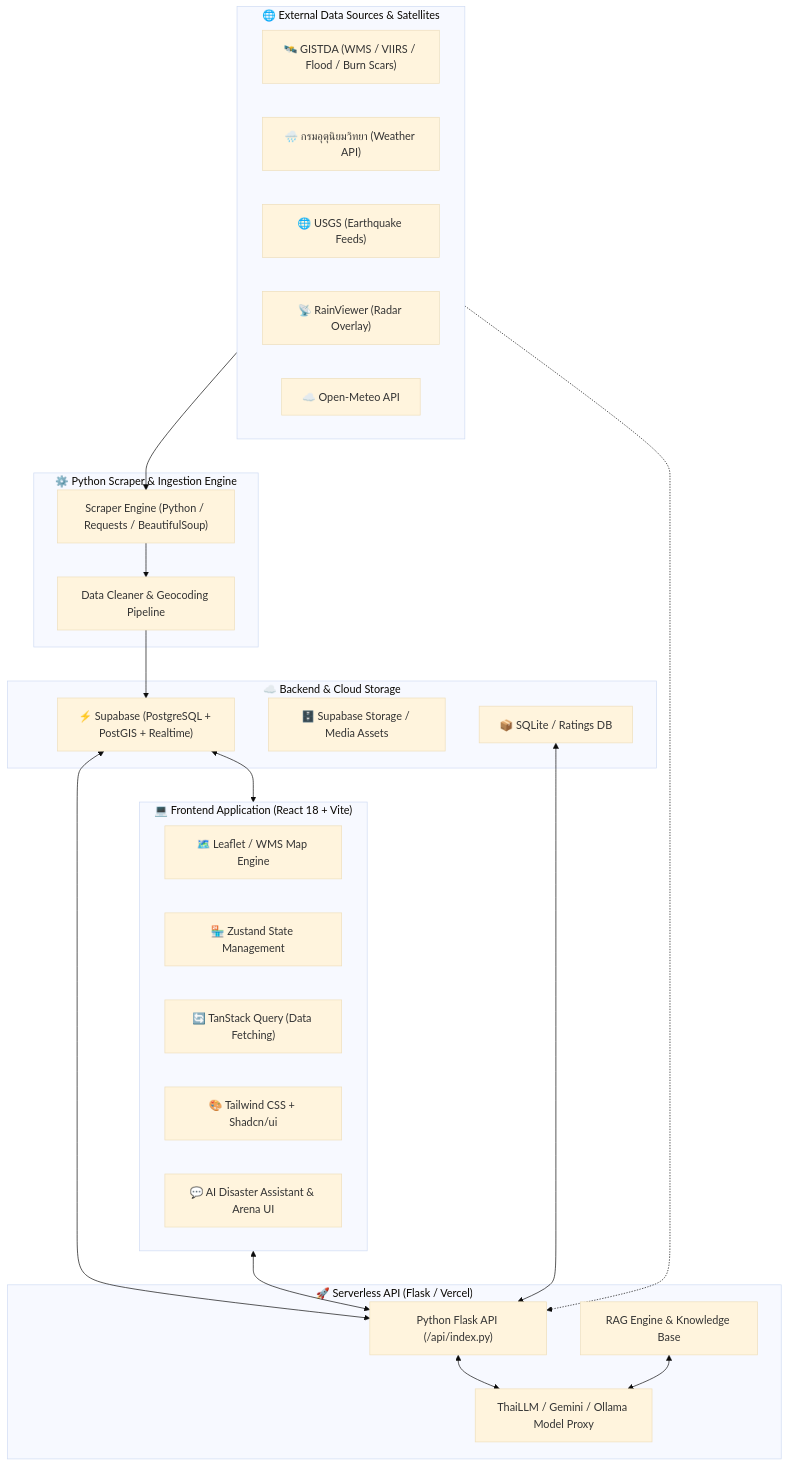
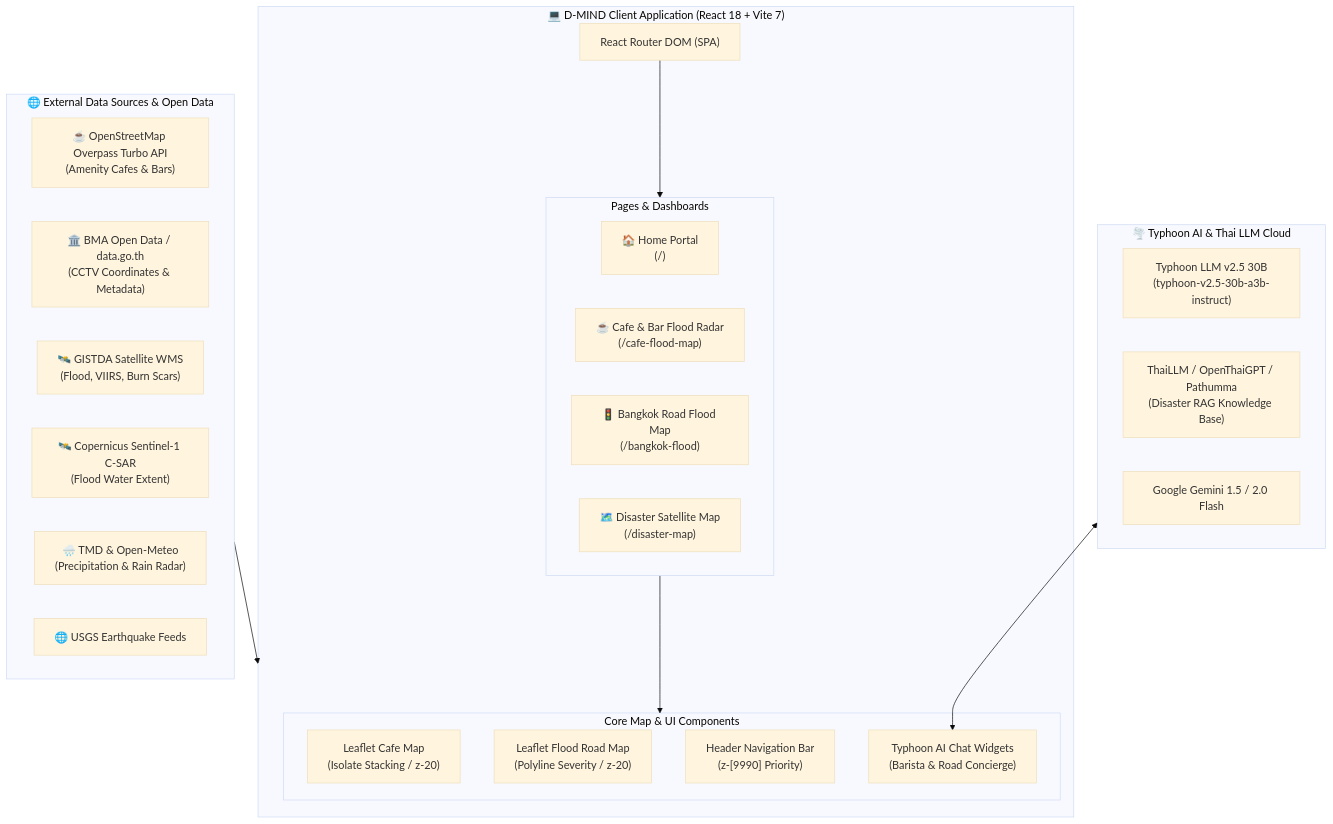
The second of 2 diagrams in README.md (kchayta32/d-mind-web), drawn with Mermaid (base theme) before and after one commit. The commit also changed other lines of this file, not shown here.

Commit message:
docs: update README with live links and comprehensive guides for portal, cafe radar, and bangkok flood map

````diff
--- a/README.md
+++ b/README.md
@@ -93,49 +178,40 @@
 ```mermaid
 flowchart TB
-    subgraph DataSources["🌐 External Data Sources & Satellites"]
-        GISTDA["🛰️ GISTDA (WMS / VIIRS / Flood / Burn Scars)"]
-        TMD["🌧️ กรมอุตุนิยมวิทยา (Weather API)"]
-        USGS["🌐 USGS (Earthquake Feeds)"]
-        RainViewer["📡 RainViewer (Radar Overlay)"]
-        OpenMeteo["☁️ Open-Meteo API"]
+    subgraph DataSources["🌐 External Data Sources & Open Data"]
+        OSMOverpass["☕ OpenStreetMap Overpass Turbo API\n(Amenity Cafes & Bars)"]
+        BMAData["🏛️ BMA Open Data / data.go.th\n(CCTV Coordinates & Metadata)"]
+        GISTDA["🛰️ GISTDA Satellite WMS\n(Flood, VIIRS, Burn Scars)"]
+        Sentinel["🛰️ Copernicus Sentinel-1 C-SAR\n(Flood Water Extent)"]
+        TMD["🌧️ TMD & Open-Meteo\n(Precipitation & Rain Radar)"]
+        USGS["🌐 USGS Earthquake Feeds"]
     end
 
-    subgraph DataPipeline["⚙️ Python Scraper & Ingestion Engine"]
-        ScraperEngine["Scraper Engine (Python / Requests / BeautifulSoup)"]
-        DataProcessors["Data Cleaner & Geocoding Pipeline"]
+    subgraph AICloud["🌪️ Typhoon AI & Thai LLM Cloud"]
+        Typhoon["Typhoon LLM v2.5 30B\n(typhoon-v2.5-30b-a3b-instruct)"]
+        ThaiLLM["ThaiLLM / OpenThaiGPT / Pathumma\n(Disaster RAG Knowledge Base)"]
+        GeminiFlash["Google Gemini 1.5 / 2.0 Flash"]
     end
 
-    subgraph DatabaseCloud["☁️ Backend & Cloud Storage"]
-        Supabase["⚡ Supabase (PostgreSQL + PostGIS + Realtime)"]
-        Storage["🗄️ Supabase Storage / Media Assets"]
-        LocalDB["📦 SQLite / Ratings DB"]
+    subgraph FrontendApp["💻 D-MIND Client Application (React 18 + Vite 7)"]
+        Router["React Router DOM (SPA)"]
+        
+        subgraph Pages["Pages & Dashboards"]
+            MainPortal["🏠 Home Portal\n(/)"]
+            CafeRadar["☕ Cafe & Bar Flood Radar\n(/cafe-flood-map)"]
+            BkkFlood["🚦 Bangkok Road Flood Map\n(/bangkok-flood)"]
+            DisasterMap["🗺️ Disaster Satellite Map\n(/disaster-map)"]
+        end
+
+        subgraph CoreComponents["Core Map & UI Components"]
+            CafeMapComponent["Leaflet Cafe Map\n(Isolate Stacking / z-20)"]
+            BkkMapComponent["Leaflet Flood Road Map\n(Polyline Severity / z-20)"]
+            NavbarComp["Header Navigation Bar\n(z-[9990] Priority)"]
+            TyphoonChat["Typhoon AI Chat Widgets\n(Barista & Road Concierge)"]
+        end
     end
 
-    subgraph BackendAPI["🚀 Serverless API (Flask / Vercel)"]
-        FlaskAPI["Python Flask API (/api/index.py)"]
-        RAGModule["RAG Engine & Knowledge Base"]
-        LLMHub["ThaiLLM / Gemini / Ollama Model Proxy"]
-    end
-
-    subgraph FrontendApp["💻 Frontend Application (React 18 + Vite)"]
-        MapLibre["🗺️ Leaflet / WMS Map Engine"]
-        ZustandStore["🏪 Zustand State Management"]
-        TanStackQuery["🔄 TanStack Query (Data Fetching)"]
-        ShadcnUI["🎨 Tailwind CSS + Shadcn/ui"]
-        AIChatUI["💬 AI Disaster Assistant & Arena UI"]
-    end
-
-    DataSources --> ScraperEngine
-    ScraperEngine --> DataProcessors
-    DataProcessors --> Supabase
-    DataSources -.-> FlaskAPI
-
-    Supabase <--> FlaskAPI
-    Supabase <--> FrontendApp
-    LocalDB <--> FlaskAPI
-
-    FlaskAPI <--> LLMHub
-    RAGModule <--> LLMHub
-
-    FrontendApp <--> FlaskAPI
+    DataSources --> FrontendApp
+    AICloud <--> TyphoonChat
+    Router --> Pages
+    Pages --> CoreComponents
 ```
````
